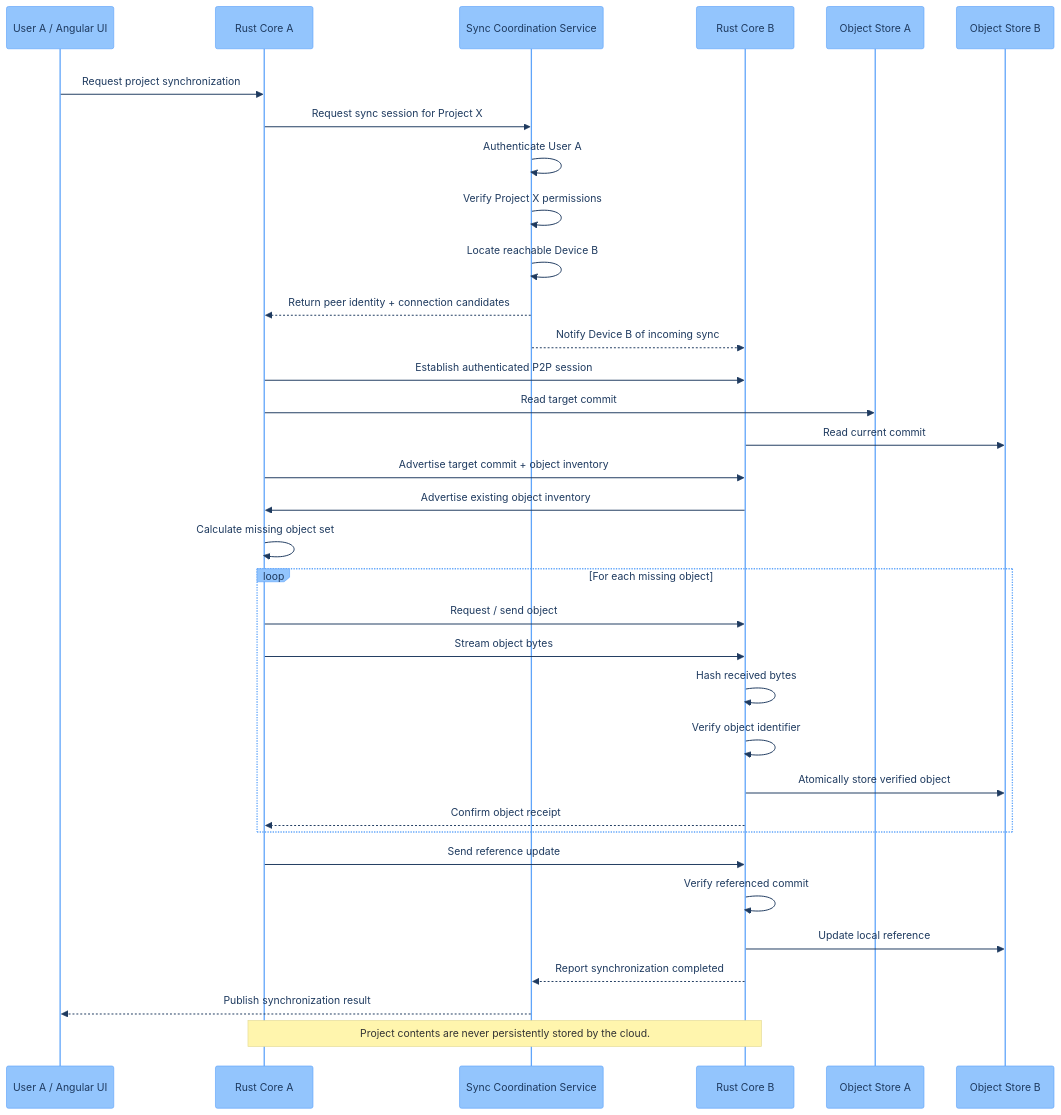
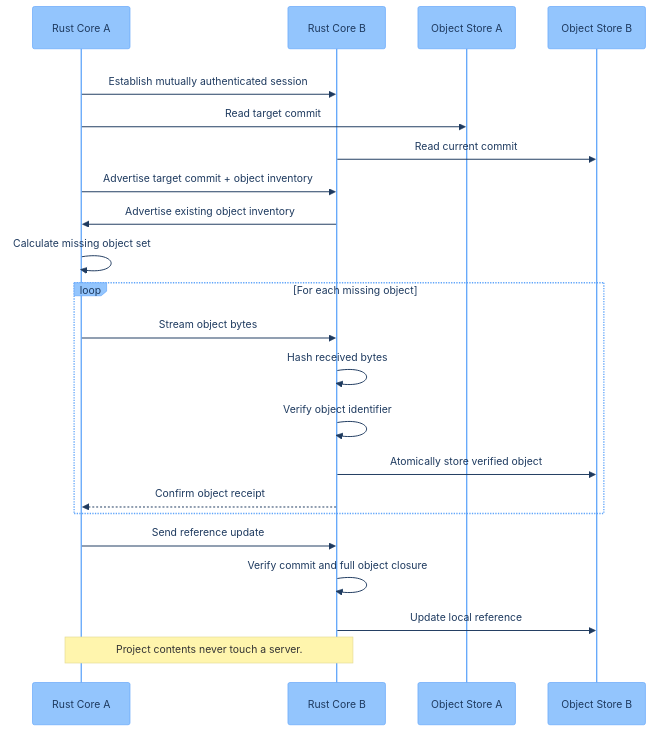
Before and after one commit to RandreasKristensen/dawgit: the fourth of 5 diagrams in gitformusic/.docs/ARCHITECTURE.md, drawn with Mermaid. The commit also changed other lines of this file and 9 other files, not shown here.

````diff
--- a/gitformusic/.docs/ARCHITECTURE.md
+++ b/gitformusic/.docs/ARCHITECTURE.md
@@ -668,55 +377,38 @@
 ```mermaid
 %%{init: {"theme":"base","themeVariables":{"background":"#ffffff","primaryColor":"#93c5fd","primaryTextColor":"#1e3a5f","primaryBorderColor":"#60a5fa","lineColor":"#5b7c99","secondaryColor":"#93c5fd","tertiaryColor":"#ffffff","clusterBkg":"#bfdbfe","clusterBorder":"#60a5fa","titleColor":"#1e3a5f","fontFamily":" sans-serif"}}}%%
 %% P2P Synchronization — Missing Object Transfer
 sequenceDiagram
 
     rect rgb(255, 255, 255)
 
-    participant UI_A as User A / Angular UI
     participant RA as Rust Core A
-    participant CLOUD as Sync Coordination Service
     participant RD as Rust Core B
     participant OS_A as Object Store A
     participant OS_B as Object Store B
 
-    UI_A->>RA: Request project synchronization
-
-    RA->>CLOUD: Request sync session for Project X
-
-    CLOUD->>CLOUD: Authenticate User A
-    CLOUD->>CLOUD: Verify Project X permissions
-    CLOUD->>CLOUD: Locate reachable Device B
-
-    CLOUD-->>RA: Return peer identity + connection candidates
-    CLOUD-->>RD: Notify Device B of incoming sync
-
-    RA->>RD: Establish authenticated P2P session
+    RA->>RD: Establish mutually authenticated session
 
     RA->>OS_A: Read target commit
     RD->>OS_B: Read current commit
 
     RA->>RD: Advertise target commit + object inventory
     RD->>RA: Advertise existing object inventory
 
     RA->>RA: Calculate missing object set
 
     loop For each missing object
-        RA->>RD: Request / send object
         RA->>RD: Stream object bytes
         RD->>RD: Hash received bytes
         RD->>RD: Verify object identifier
         RD->>OS_B: Atomically store verified object
         RD-->>RA: Confirm object receipt
     end
 
     RA->>RD: Send reference update
-    RD->>RD: Verify referenced commit
+    RD->>RD: Verify commit and full object closure
     RD->>OS_B: Update local reference
 
-    RD-->>CLOUD: Report synchronization completed
-    CLOUD-->>UI_A: Publish synchronization result
-
-    Note over RA,RD: Project contents are never persistently stored by the cloud.
+    Note over RA,RD: Project contents never touch a server.
 
     end
 ```
````
